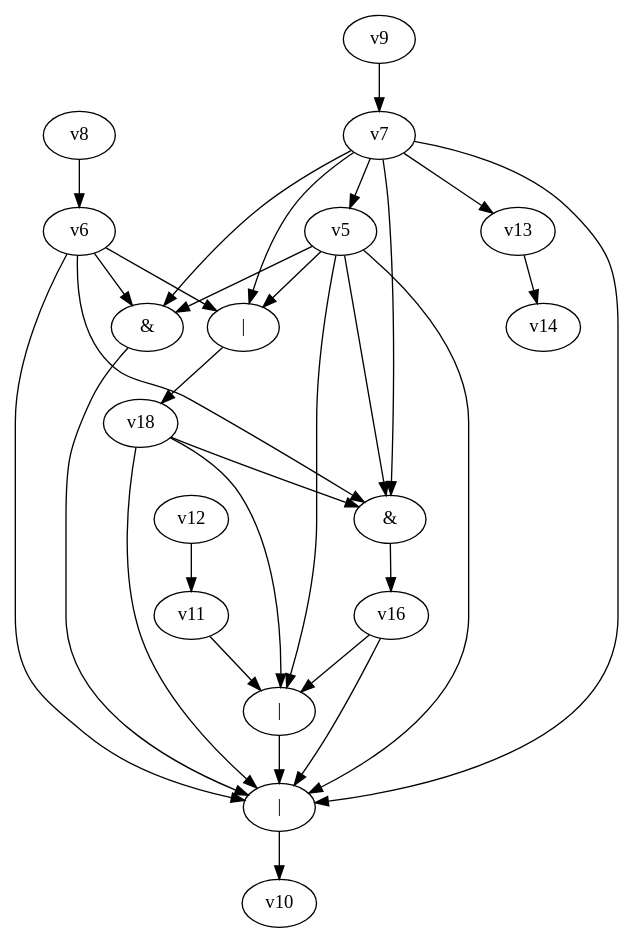
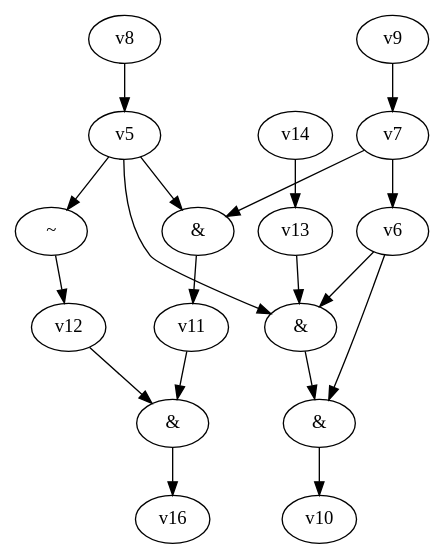
Before and after one commit to yadej/graph_project: the diagram in dot_files/random_bool_circ.dot, drawn with Graphviz. The commit also changed 1 other file, not shown here.

```diff
--- a/dot_files/random_bool_circ.dot
+++ b/dot_files/random_bool_circ.dot
@@ -1,34 +1,22 @@
 digraph G { 
-v0 [label="|"]; 
+v0 [label="&"]; 
 v1 [label="&"]; 
-v2 [label="|"]; 
+v2 [label="&"]; 
+v3 [label="~"]; 
 v15 [label="&"]; 
-v17 [label="|"]; 
 v0 -> v10;
-v1 -> v0;
+v1 -> v11 -> v15 -> v16;
 v2 -> v0;
-v5 -> v0;
+v3 -> v12 -> v15;
 v5 -> v1;
 v5 -> v2;
-v5 -> v15 -> v16;
-v5 -> v17 -> v18;
+v5 -> v3;
 v6 -> v0;
-v6 -> v1;
-v6 -> v15;
-v6 -> v17;
-v7 -> v0;
+v6 -> v2;
 v7 -> v1;
-v7 -> v5;
-v7 -> v13 -> v14;
-v7 -> v15;
-v7 -> v17;
-v8 -> v6;
+v7 -> v6;
+v8 -> v5;
 v9 -> v7;
-v11 -> v2;
-v12 -> v11;
-v16 -> v0;
-v16 -> v2;
-v18 -> v0;
-v18 -> v2;
-v18 -> v15;
+v13 -> v2;
+v14 -> v13;
 }
```
